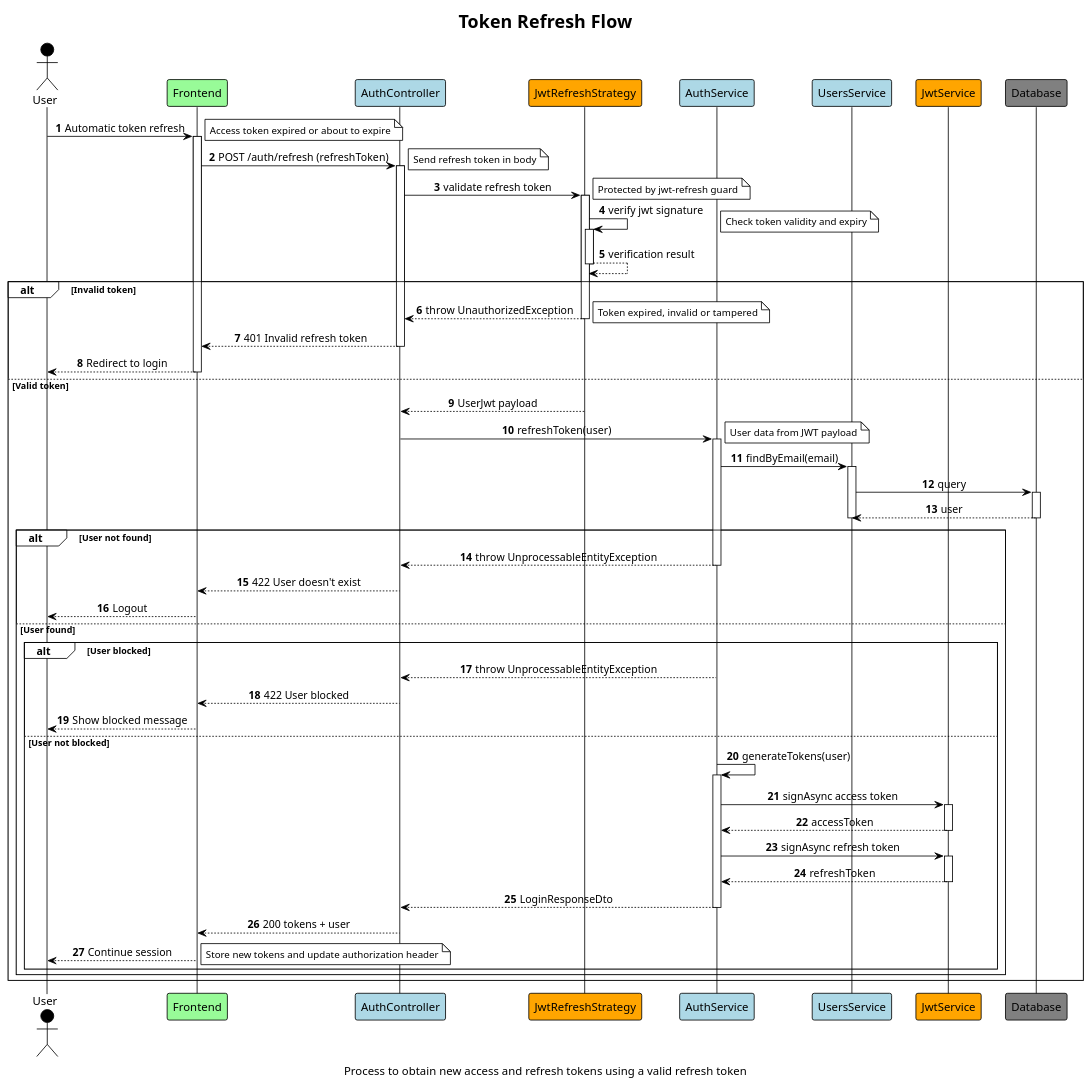
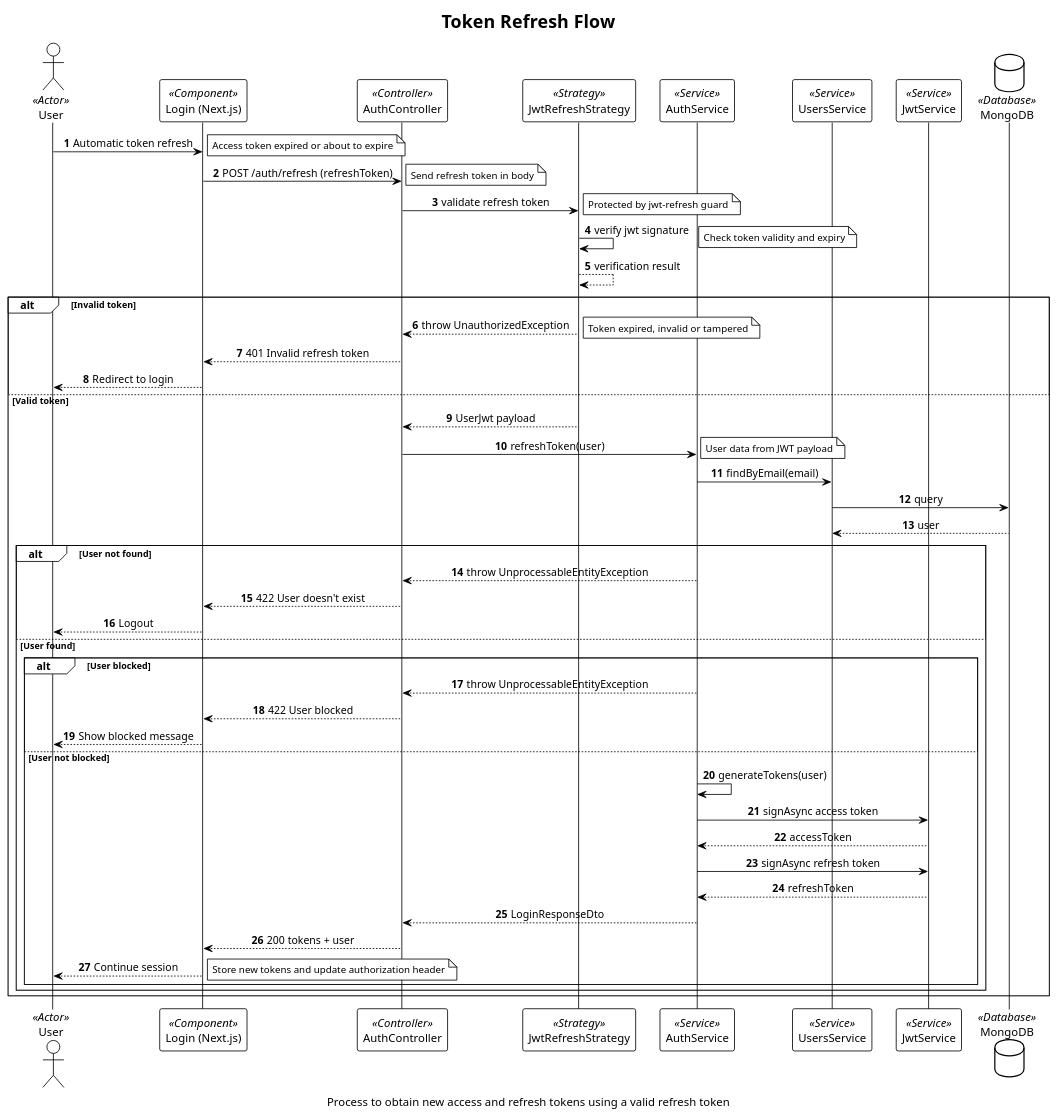
Before and after one commit to lehuygiang28/vphim: the diagram in documents/diagram/sequences/auth/auth-token-refresh-flow.puml, drawn with PlantUML. The commit also changed 43 other files, not shown here.

First line of the commit message:
refactor(diagrams): 🛠️ update sequence diagrams

```diff
--- a/documents/diagram/sequences/auth/auth-token-refresh-flow.puml
+++ b/documents/diagram/sequences/auth/auth-token-refresh-flow.puml
@@ -1,75 +1,75 @@
 @startuml Token Refresh Flow
 !theme plain
 skinparam sequenceMessageAlign center
 skinparam maxMessageSize 250
 skinparam noteFontSize 12
 skinparam BoxPadding 10
 
 autonumber
 
 title Token Refresh Flow
 caption Process to obtain new access and refresh tokens using a valid refresh token
 
-actor User #Black
-participant "Frontend" as FE #PaleGreen
-participant "AuthController" as AC #LightBlue
-participant "JwtRefreshStrategy" as JRS #Orange
-participant "AuthService" as AS #LightBlue
-participant "UsersService" as US #LightBlue
-participant "JwtService" as JWT #Orange
-participant "Database" as DB #Gray
+actor User <<Actor>>
+participant "Login (Next.js)" as LoginComponent <<Component>>
+participant "AuthController" as AuthController <<Controller>>
+participant "JwtRefreshStrategy" as JwtRefreshStrategy <<Strategy>>
+participant "AuthService" as AuthService <<Service>>
+participant "UsersService" as UsersService <<Service>>
+participant "JwtService" as JwtService <<Service>>
+database "MongoDB" as DB <<Database>>
 
-User -> FE ++ : Automatic token refresh
+User -> LoginComponent: Automatic token refresh
 note right: Access token expired or about to expire
-FE -> AC ++ : POST /auth/refresh (refreshToken)
+LoginComponent -> AuthController: POST /auth/refresh (refreshToken)
 note right: Send refresh token in body
 
-AC -> JRS ++ : validate refresh token
+AuthController -> JwtRefreshStrategy: validate refresh token
 note right: Protected by jwt-refresh guard
-JRS -> JRS ++ : verify jwt signature
+JwtRefreshStrategy -> JwtRefreshStrategy: verify jwt signature
 note right: Check token validity and expiry
 return verification result
 
 alt Invalid token
-    JRS --> AC -- : throw UnauthorizedException
+    JwtRefreshStrategy --> AuthController: throw UnauthorizedException
     note right: Token expired, invalid or tampered
-    AC --> FE -- : 401 Invalid refresh token
-    FE --> User -- : Redirect to login
+    AuthController --> LoginComponent: 401 Invalid refresh token
+    LoginComponent --> User: Redirect to login
 else Valid token
-    JRS --> AC : UserJwt payload
+    JwtRefreshStrategy --> AuthController: UserJwt payload
 
-    AC -> AS ++ : refreshToken(user)
+    AuthController -> AuthService: refreshToken(user)
     note right: User data from JWT payload
 
-    AS -> US ++ : findByEmail(email)
-    US -> DB ++ : query
+    AuthService -> UsersService: findByEmail(email)
+    UsersService -> DB: query
     return user
-    deactivate US
+    deactivate UsersService
 
     alt User not found
-        AS --> AC -- : throw UnprocessableEntityException
-        AC --> FE -- : 422 User doesn't exist
-        FE --> User -- : Logout
+        AuthService --> AuthController: throw UnprocessableEntityException
+        AuthController --> LoginComponent: 422 User doesn't exist
+        LoginComponent --> User: Logout
     else User found
         alt User blocked
-            AS --> AC -- : throw UnprocessableEntityException
-            AC --> FE -- : 422 User blocked
-            FE --> User -- : Show blocked message
+            AuthService --> AuthController: throw UnprocessableEntityException
+            AuthController --> LoginComponent: 422 User blocked
+            LoginComponent --> User: Show blocked message
         else User not blocked
-            AS -> AS ++ : generateTokens(user)
+            AuthService -> AuthService: generateTokens(user)
 
-            AS -> JWT ++ : signAsync access token
+            AuthService -> JwtService: signAsync access token
             return accessToken
 
-            AS -> JWT ++ : signAsync refresh token
+            AuthService -> JwtService: signAsync refresh token
             return refreshToken
 
-            AS --> AC -- : LoginResponseDto
-            AC --> FE -- : 200 tokens + user
-            FE --> User -- : Continue session
+            AuthService --> AuthController: LoginResponseDto
+            AuthController --> LoginComponent: 200 tokens + user
+            LoginComponent --> User: Continue session
             note right: Store new tokens and update authorization header
         end
     end
 end
 
 @enduml
```
